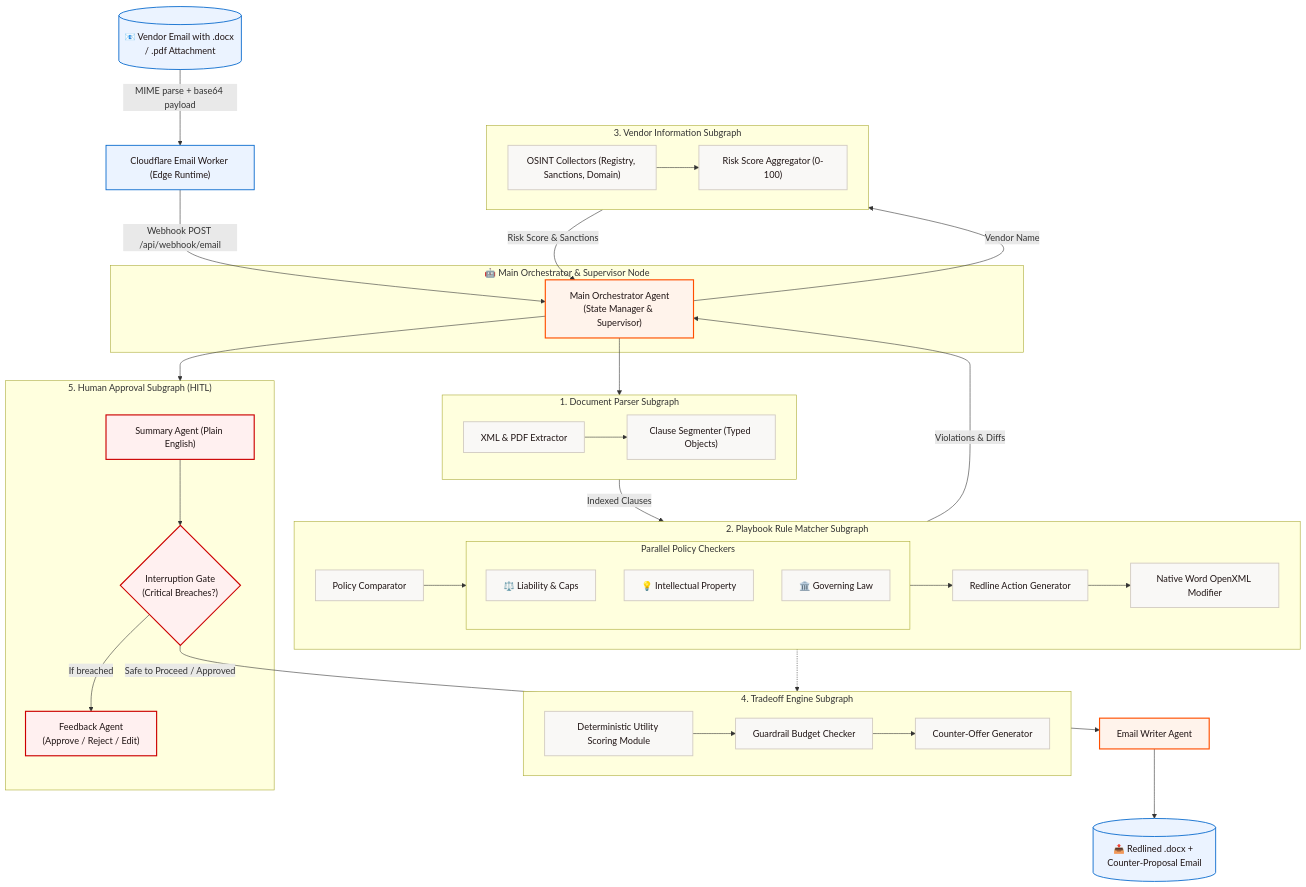
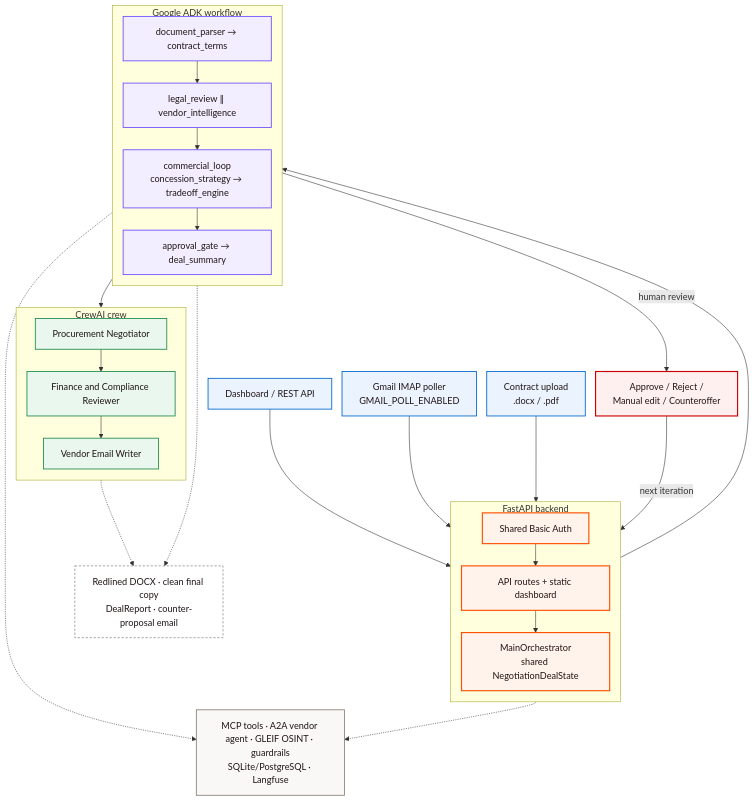
One commit to sjreal/RedLiner changed the diagram in README.md. Above: the diagram before and after it, drawn with Mermaid. The commit also changed other lines of this file and 40 other files, not shown here.

First line of the commit message:
feat: add streaming UI, sample email workflow, and portrait diagrams

````diff
--- a/README.md
+++ b/README.md
@@ -301,79 +307,57 @@
 ```mermaid
+%%{init: {"flowchart": {"nodeSpacing": 18, "rankSpacing": 14, "diagramPadding": 4, "curve": "basis"}}}%%
 flowchart TD
-    %% Styling
-    classDef agent fill:#FFF3EB,stroke:#FF4F00,stroke-width:2px,color:#201515;
-    classDef subgraphBox fill:#F9F8F6,stroke:#D0C9C0,stroke-width:1.5px,color:#201515;
-    classDef external fill:#EBF3FF,stroke:#0066CC,stroke-width:1.5px,color:#201515;
+    classDef entry fill:#EBF3FF,stroke:#0066CC,stroke-width:1.5px,color:#201515;
+    classDef app fill:#FFF3EB,stroke:#FF4F00,stroke-width:2px,color:#201515;
+    classDef adk fill:#F3EEFF,stroke:#6B4EFF,stroke-width:1.5px,color:#201515;
+    classDef crew fill:#EAF7EE,stroke:#1F8A4C,stroke-width:1.5px,color:#201515;
+    classDef tool fill:#F9F8F6,stroke:#8A8178,stroke-width:1.5px,color:#201515;
+    classDef out fill:#FFFFFF,stroke:#666666,stroke-dasharray: 4 3,color:#201515;
     classDef hitl fill:#FFF0F0,stroke:#CC0000,stroke-width:2px,color:#201515;
 
-    %% Inbound Trigger
-    VendorEmail[("📧 Vendor Email with .docx / .pdf Attachment")]:::external
-    CFWorker["Cloudflare Email Worker (Edge Runtime)"]:::external
-    VendorEmail -->|MIME parse + base64 payload| CFWorker
-    CFWorker -->|Webhook POST /api/webhook/email| Orchestrator
+    UI["Dashboard / REST API"]:::entry
+    Gmail["Gmail IMAP poller<br/>GMAIL_POLL_ENABLED"]:::entry
+    Upload["Contract upload<br/>.docx / .pdf"]:::entry
 
-    %% Main Orchestrator
-    subgraph CoreAgents ["🤖 Main Orchestrator & Supervisor Node"]
-        Orchestrator["Main Orchestrator Agent<br/>(State Manager & Supervisor)"]:::agent
+    subgraph App["FastAPI backend"]
+        direction TB
+        Auth["Shared Basic Auth"]:::app
+        API["API routes + static dashboard"]:::app
+        Orchestrator["MainOrchestrator<br/>shared NegotiationDealState"]:::app
     end
 
-    %% Subgraphs
-    subgraph SG1 ["1. Document Parser Subgraph"]
-        DocParser["XML & PDF Extractor"]:::subgraphBox
-        ClauseSegmenter["Clause Segmenter (Typed Objects)"]:::subgraphBox
-        DocParser --> ClauseSegmenter
+    subgraph ADK["Google ADK workflow"]
+        direction TB
+        Parse["document_parser → contract_terms"]:::adk
+        Review["legal_review ∥ vendor_intelligence"]:::adk
+        Commercial["commercial_loop<br/>concession_strategy → tradeoff_engine"]:::adk
+        Gate["approval_gate → deal_summary"]:::adk
     end
 
-    subgraph SG2 ["2. Playbook Rule Matcher Subgraph"]
-        PolicyComp["Policy Comparator"]:::subgraphBox
-        subgraph ParallelChecks ["Parallel Policy Checkers"]
-            CheckLiability["⚖️ Liability & Caps"]:::subgraphBox
-            CheckIP["💡 Intellectual Property"]:::subgraphBox
-            CheckLaw["🏛️ Governing Law"]:::subgraphBox
-        end
-        ActionGen["Redline Action Generator"]:::subgraphBox
-        WordMod["Native Word OpenXML Modifier"]:::subgraphBox
-
-        PolicyComp --> ParallelChecks
-        ParallelChecks --> ActionGen
-        ActionGen --> WordMod
+    subgraph Crew["CrewAI crew"]
+        direction TB
+        Procurement["Procurement Negotiator"]:::crew
+        Finance["Finance and Compliance Reviewer"]:::crew
+        Email["Vendor Email Writer"]:::crew
     end
 
-    subgraph SG3 ["3. Vendor Information Subgraph"]
-        OSINT["OSINT Collectors (Registry, Sanctions, Domain)"]:::subgraphBox
-        ScoreAgg["Risk Score Aggregator (0-100)"]:::subgraphBox
-        OSINT --> ScoreAgg
-    end
+    Services["MCP tools · A2A vendor agent · GLEIF OSINT · guardrails<br/>SQLite/PostgreSQL · Langfuse"]:::tool
+    Artifacts["Redlined DOCX · clean final copy<br/>DealReport · counter-proposal email"]:::out
+    HITL["Approve / Reject /<br/>Manual edit / Counteroffer"]:::hitl
 
-    subgraph SG4 ["4. Tradeoff Engine Subgraph"]
-        MathEngine["Deterministic Utility Scoring Module"]:::subgraphBox
-        Guardrails["Guardrail Budget Checker"]:::subgraphBox
-        TradeoffGen["Counter-Offer Generator"]:::subgraphBox
-        MathEngine --> Guardrails --> TradeoffGen
-    end
+    UI --> Auth
+    Gmail --> API
+    Upload --> API
+    Auth --> API --> Orchestrator
 
-    subgraph SG5 ["5. Human Approval Subgraph (HITL)"]
-        SummaryAgent["Summary Agent (Plain English)"]:::hitl
-        InterruptionGate{"Interruption Gate<br/>(Critical Breaches?)"}:::hitl
-        FeedbackAgent["Feedback Agent<br/>(Approve / Reject / Edit)"]:::hitl
-        SummaryAgent --> InterruptionGate
-        InterruptionGate -->|If breached| FeedbackAgent
-    end
+    Orchestrator --> Parse
+    Parse --> Review --> Commercial --> Gate
+    Gate --> Procurement --> Finance --> Email
 
-    %% Wiring from Orchestrator
-    Orchestrator --> SG1
-    SG1 -->|Indexed Clauses| SG2
-    Orchestrator -->|Vendor Name| SG3
-    SG2 -->|Violations & Diffs| Orchestrator
-    SG3 -->|Risk Score & Sanctions| Orchestrator
-    SG2 -.-> SG4
-    
-    Orchestrator --> SG5
-
-    %% Outbound
-    EmailWriter["Email Writer Agent"]:::agent
-    OutboundEmail[("📤 Redlined .docx + Counter-Proposal Email")]:::external
-
-    InterruptionGate -->|Safe to Proceed / Approved| EmailWriter
-    EmailWriter --> OutboundEmail
+    Orchestrator -.-> Services
+    Review -.-> Services
+    Email -.-> Artifacts
+    Review -.-> Artifacts
+    Gate -->|human review| HITL
+    HITL -->|next iteration| Orchestrator
 ```
````
